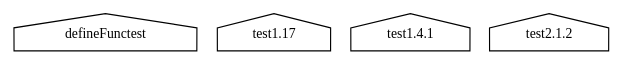
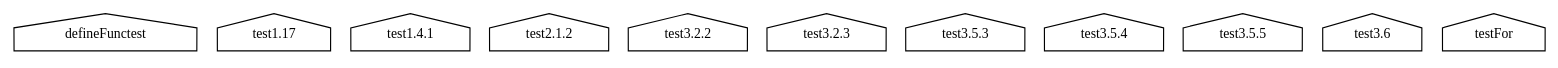
Before and after one commit to kuntung/CPPPrimer: the diagram in build/debug/dep.dot, drawn with Graphviz. The commit also changed 144 other files, not shown here.

```diff
--- a/build/debug/dep.dot
+++ b/build/debug/dep.dot
@@ -1,9 +1,16 @@
 digraph GG {
 node [
   fontsize = "12"
 ];
     "node0" [ label="defineFunctest" shape="house"];
     "node1" [ label="test1.17" shape="house"];
     "node2" [ label="test1.4.1" shape="house"];
     "node3" [ label="test2.1.2" shape="house"];
+    "node4" [ label="test3.2.2" shape="house"];
+    "node5" [ label="test3.2.3" shape="house"];
+    "node6" [ label="test3.5.3" shape="house"];
+    "node7" [ label="test3.5.4" shape="house"];
+    "node8" [ label="test3.5.5" shape="house"];
+    "node9" [ label="test3.6" shape="house"];
+    "node10" [ label="testFor" shape="house"];
 }
```
